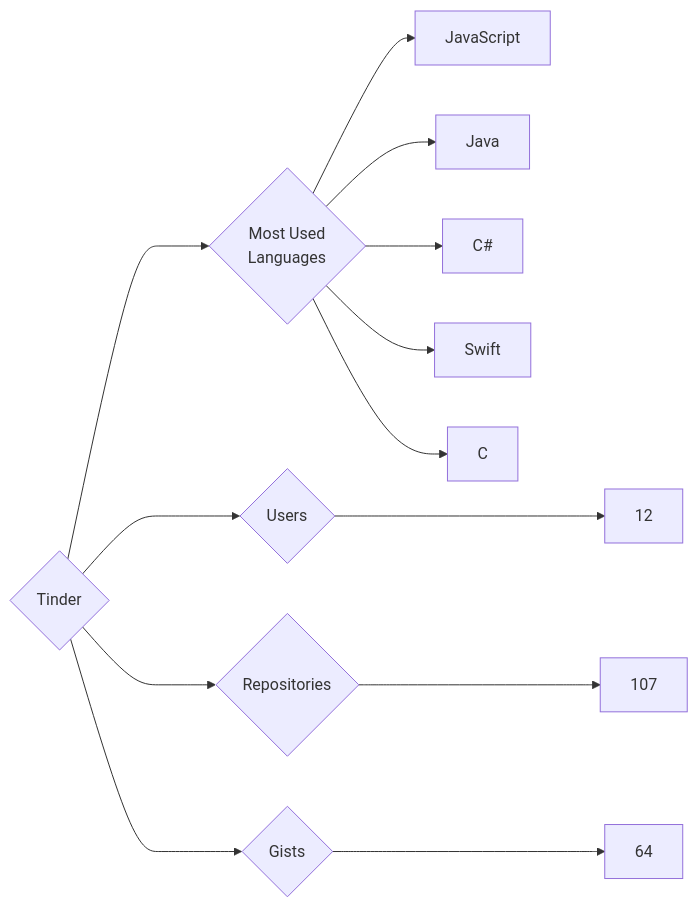
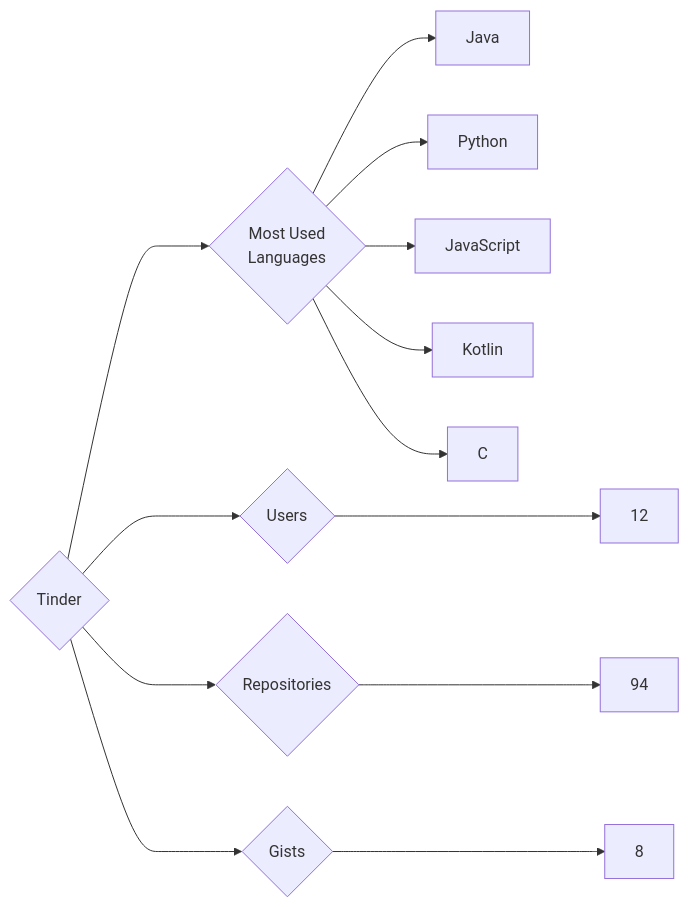
The diagram in targets/Tinder/README.md (trickest/insiders), drawn with Mermaid before and after one commit. The commit also changed 920 other files, not shown here.

````diff
--- a/targets/Tinder/README.md
+++ b/targets/Tinder/README.md
@@ -3,13 +3,13 @@
 ```mermaid
 graph LR
 COMPANY_NAME{Tinder}
 COMPANY_NAME ---> U{Users} ---> UN[12]
-COMPANY_NAME ---> R{Repositories} ---> RN[107]
-COMPANY_NAME ---> G{Gists} ---> GN[64]
+COMPANY_NAME ---> R{Repositories} ---> RN[94]
+COMPANY_NAME ---> G{Gists} ---> GN[8]
 COMPANY_NAME ---> ML{Most Used<br>Languages}
+ML --> Java[Java]
+ML --> Python[Python]
 ML --> JavaScript[JavaScript]
-ML --> Java[Java]
-ML --> C#[C#]
-ML --> Swift[Swift]
+ML --> Kotlin[Kotlin]
 ML --> C[C]
 ```
````
